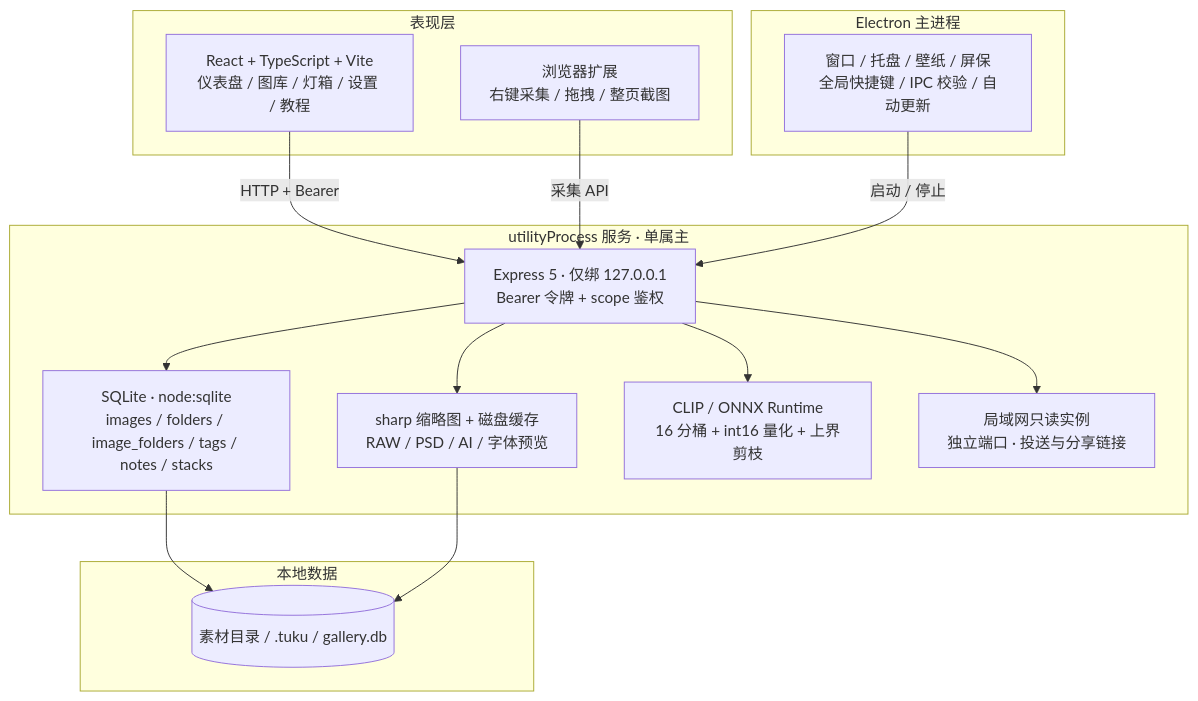
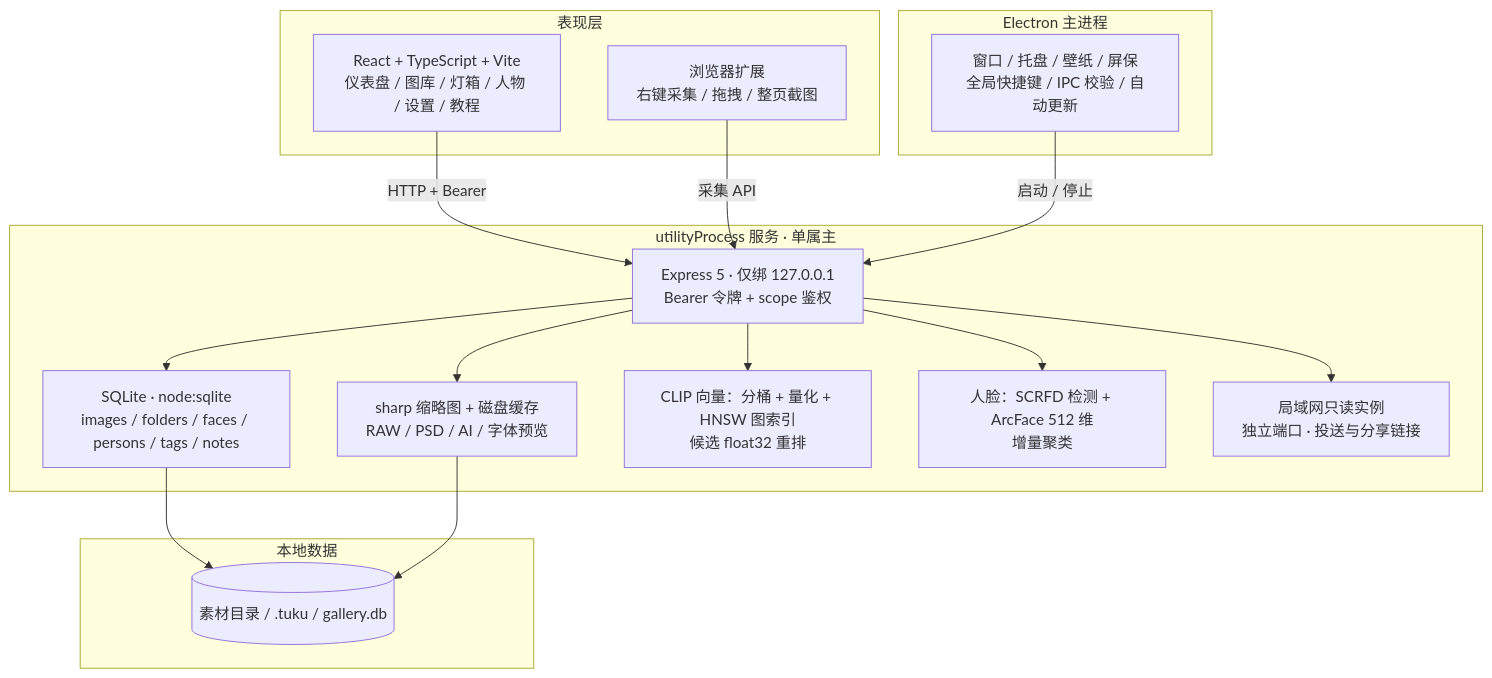
The second of 4 diagrams in README.md (mr-awei/gallery), drawn with Mermaid before and after one commit. The commit also changed other lines of this file and 88 other files, not shown here.

````diff
--- a/README.md
+++ b/README.md
@@ -98,29 +104,31 @@
 ```mermaid
 flowchart TB
     subgraph UI[表现层]
-        W[React + TypeScript + Vite<br/>仪表盘 / 图库 / 灯箱 / 设置 / 教程]
+        W[React + TypeScript + Vite<br/>仪表盘 / 图库 / 灯箱 / 人物 / 设置 / 教程]
         X[浏览器扩展<br/>右键采集 / 拖拽 / 整页截图]
     end
     subgraph DESKTOP[Electron 主进程]
         M[窗口 / 托盘 / 壁纸 / 屏保<br/>全局快捷键 / IPC 校验 / 自动更新]
     end
     subgraph SVC[utilityProcess 服务 · 单属主]
         E[Express 5 · 仅绑 127.0.0.1<br/>Bearer 令牌 + scope 鉴权]
-        S[SQLite · node:sqlite<br/>images / folders / image_folders / tags / notes / stacks]
+        S[SQLite · node:sqlite<br/>images / folders / faces / persons / tags / notes]
         T[sharp 缩略图 + 磁盘缓存<br/>RAW / PSD / AI / 字体预览]
-        C[CLIP / ONNX Runtime<br/>16 分桶 + int16 量化 + 上界剪枝]
+        C[CLIP 向量：分桶 + 量化 + HNSW 图索引<br/>候选 float32 重排]
+        F[人脸：SCRFD 检测 + ArcFace 512 维<br/>增量聚类]
         L[局域网只读实例<br/>独立端口 · 投送与分享链接]
     end
     subgraph DATA[本地数据]
         D[(素材目录 / .tuku / gallery.db)]
     end
     W -->|HTTP + Bearer| E
     X -->|采集 API| E
     M -->|启动 / 停止| E
     E --> S
     E --> T
     E --> C
+    E --> F
     E --> L
     S --> D
     T --> D
 ```
````
